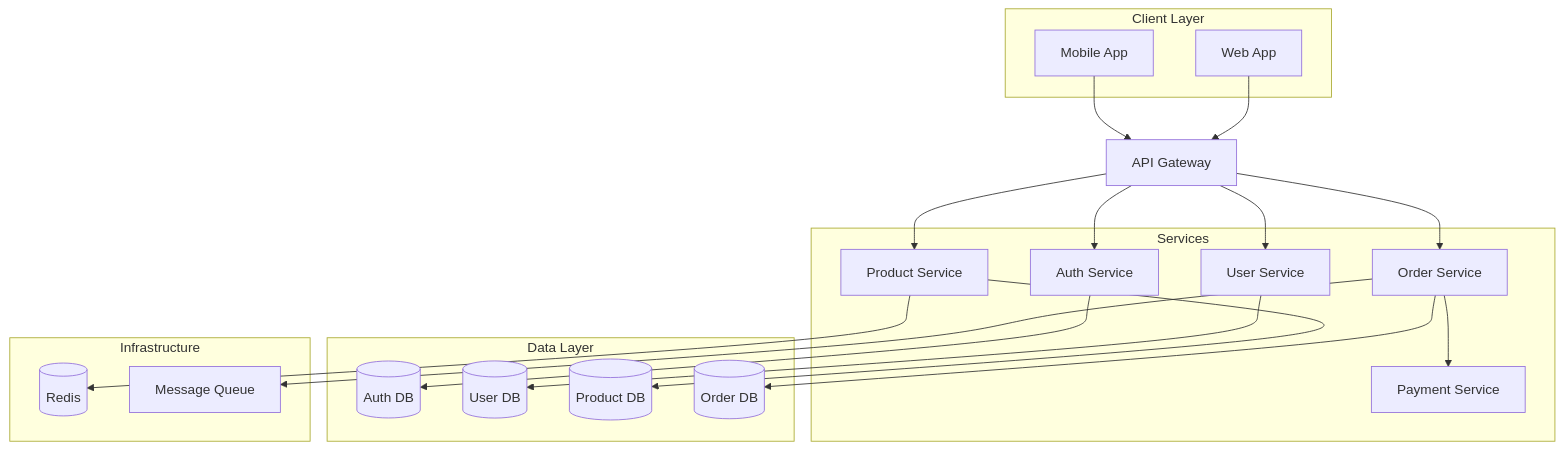
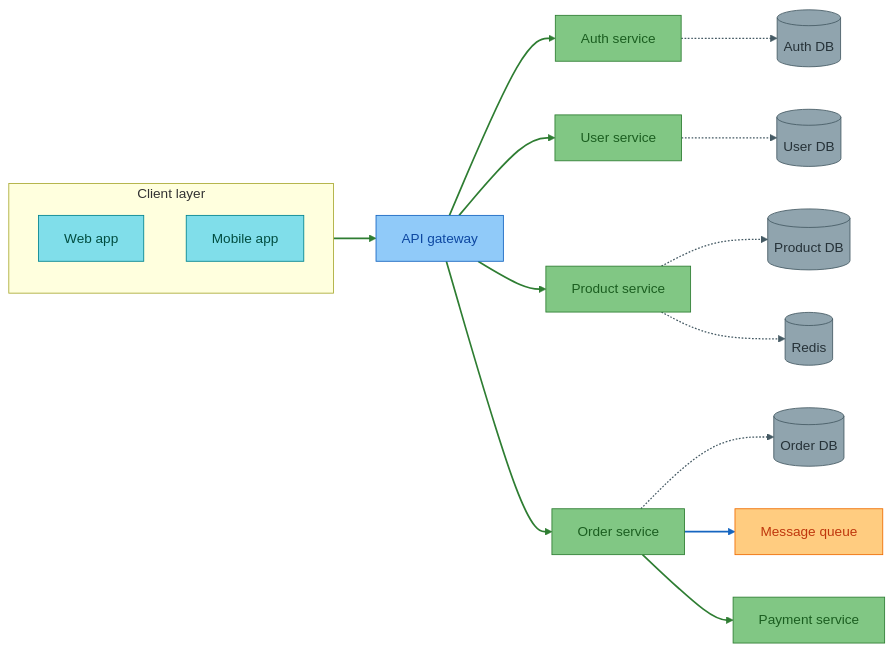
One commit to flatrick/agent-skills changed the ninth of 19 diagrams in mastery-of-mermaid/references/common-patterns.md. Above: the diagram before and after it, drawn with Mermaid. The commit also changed other lines of this file and 10 other files, not shown here.

````diff
--- a/mastery-of-mermaid/references/common-patterns.md
+++ b/mastery-of-mermaid/references/common-patterns.md
@@ -203,45 +252,54 @@
 ```mermaid
-flowchart TB
-    subgraph Client_Layer[Client Layer]
-        Web[Web App]
-        Mobile[Mobile App]
-    end
+flowchart LR
+  accTitle: Microservices architecture, each service owning its own database
+  accDescr: Web and mobile clients call an API gateway, which routes to the auth, user, product and order services. Each service reads and writes only its own database. The product service also reads a Redis cache; the order service enqueues to a message queue and calls the payment service.
+  classDef client fill:#80deea,stroke:#00838f,color:#004d40
+  classDef producer fill:#90caf9,stroke:#1565c0,color:#0d47a1
+  classDef consumer fill:#81c784,stroke:#2e7d32,color:#1b5e20
+  classDef queue fill:#ffcc80,stroke:#ef6c00,color:#bf360c
+  classDef external fill:#90a4ae,stroke:#455a64,color:#263238
+  classDef edgeConsume stroke:#2e7d32,stroke-width:2px
+  classDef edgeEnqueue stroke:#1565c0,stroke-width:2px
+  classDef edgeExternal stroke:#455a64,stroke-width:1.5px
 
-    Gateway[API Gateway]
+  subgraph Client_Layer [Client layer]
+    direction TB
+    Web[Web app]:::client
+    Mobile[Mobile app]:::client
+  end
 
-    subgraph Services
-        Auth[Auth Service]
-        User[User Service]
-        Product[Product Service]
-        Order[Order Service]
-        Payment[Payment Service]
-    end
+  Gateway[API gateway]:::producer
 
-    subgraph Data_Layer[Data Layer]
-        AuthDB[(Auth DB)]
-        UserDB[(User DB)]
-        ProductDB[(Product DB)]
-        OrderDB[(Order DB)]
-    end
+  Auth[Auth service]:::consumer
+  User[User service]:::consumer
+  Product[Product service]:::consumer
+  Order[Order service]:::consumer
+  Payment[Payment service]:::consumer
 
-    subgraph Infrastructure
-        Cache[(Redis)]
-        Queue[Message Queue]
-    end
+  AuthDB[(Auth DB)]:::external
+  UserDB[(User DB)]:::external
+  ProductDB[(Product DB)]:::external
+  OrderDB[(Order DB)]:::external
+  Cache[(Redis)]:::external
+  Queue[Message queue]:::queue
 
-    Web --> Gateway
-    Mobile --> Gateway
-    Gateway --> Auth
-    Gateway --> User
-    Gateway --> Product
-    Gateway --> Order
+  Client_Layer e1@--> Gateway
+  Gateway e2@--> Auth
+  Gateway e3@--> User
+  Gateway e4@--> Product
+  Gateway e5@--> Order
 
-    Auth --> AuthDB
-    User --> UserDB
-    Product --> ProductDB
-    Order --> OrderDB
+  Auth e6@-.-> AuthDB
+  User e7@-.-> UserDB
+  Product e8@-.-> ProductDB
+  Product e9@-.-> Cache
+  Order e10@-.-> OrderDB
+  Order e11@==> Queue
+  Order e12@--> Payment
 
-    Order --> Payment
-    Order --> Queue
-    Product --> Cache
+  class e1,e2,e3,e4,e5,e12 edgeConsume
+  class e11 edgeEnqueue
+  class e6,e7,e8,e9,e10 edgeExternal
+
+  %% Legend: green solid = request or call; blue thick = enqueue; gray dotted = data store or cache.
 ```
````
